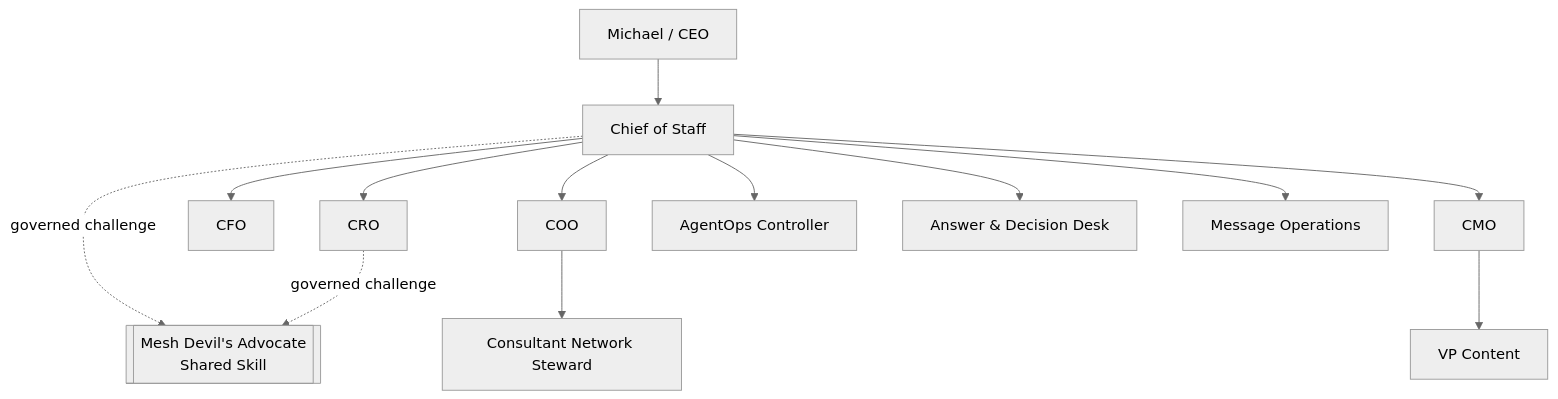
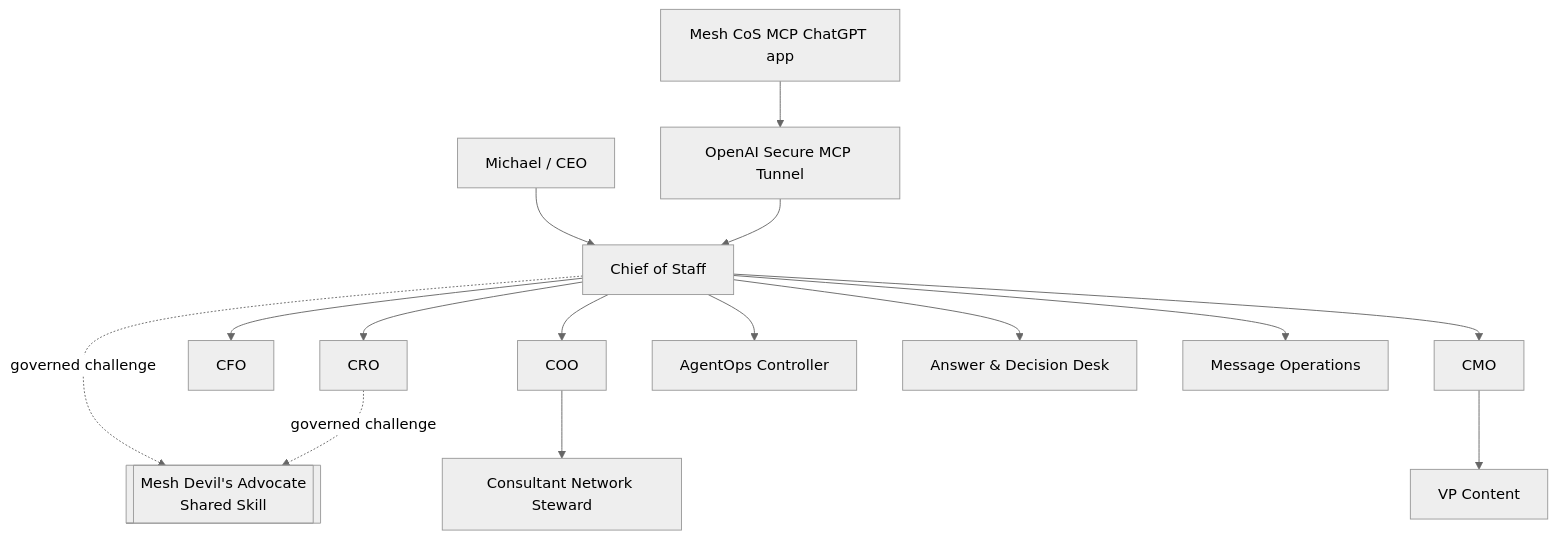
Before and after one commit to mkleinbe/mesh-ai-agent-cos-universe: the diagram in docs/README.md, drawn with Mermaid (neutral theme). The commit also changed other lines of this file, not shown here.

````diff
--- a/docs/README.md
+++ b/docs/README.md
@@ -37,15 +58,17 @@
 ```mermaid
 flowchart TB
     M[Michael / CEO] --> C[Chief of Staff]
     C --> CRO[CRO]
     C --> CFO[CFO]
     C --> COO[COO]
     COO --> CNS[Consultant Network Steward]
     C --> CMO[CMO]
     CMO --> VPC[VP Content]
     C --> AO[AgentOps Controller]
     C --> AD[Answer & Decision Desk]
     C --> MSG[Message Operations]
     C -. governed challenge .-> DA[[Mesh Devil's Advocate\nShared Skill]]
     CRO -. governed challenge .-> DA
+    APP[Mesh CoS MCP ChatGPT app] --> TUN[OpenAI Secure MCP Tunnel]
+    TUN --> C
 ```
````
